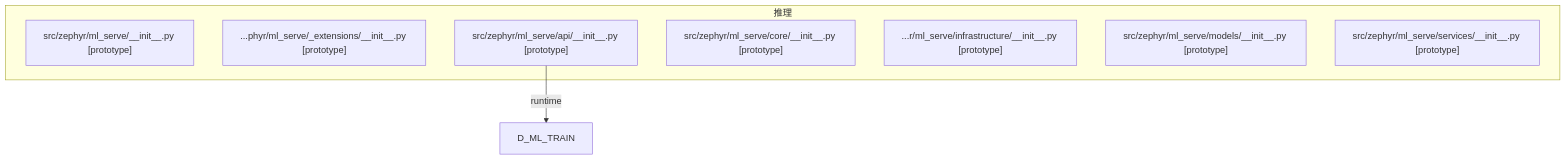
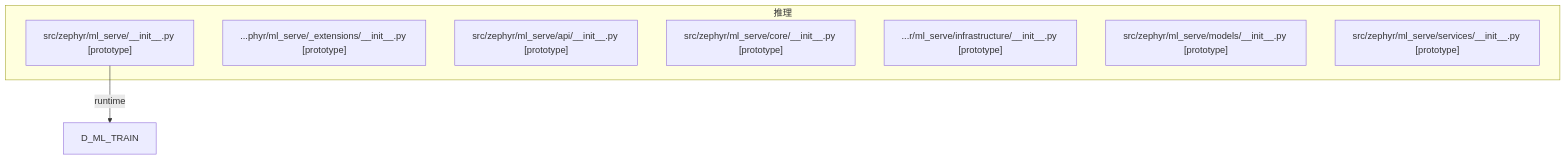
One commit to xuanFelixVan/ZephyrAlpha changed the diagram in docs/02_enterprise_architecture/generated/domains/d_ml_serve_dependency.mmd. Above: the diagram before and after it, drawn with Mermaid. The commit also changed 86 other files, not shown here.

```diff
--- a/docs/02_enterprise_architecture/generated/domains/d_ml_serve_dependency.mmd
+++ b/docs/02_enterprise_architecture/generated/domains/d_ml_serve_dependency.mmd
@@ -1,30 +1,30 @@
 %% D_ML_SERVE 域全景依赖图
-%% 生成时间: 2026-07-19 03:57:08
+%% 生成时间: 2026-07-19 04:04:17
 %% 数据源: depgraph (PostgreSQL) nodes表 + edges表
 %% 模块数: 7, 依赖边数: 1
 
 graph TD
 
     %% 域内模块（最多显示 100 个）
     subgraph D_ML_SERVE[推理]
         src_zephyr_ml_serve___init___py["src/zephyr/ml_serve/__init__.py [prototype]"]
         src_zephyr_ml_serve__extensions___init___py["...phyr/ml_serve/_extensions/__init__.py [prototype]"]
         src_zephyr_ml_serve_api___init___py["src/zephyr/ml_serve/api/__init__.py [prototype]"]
         src_zephyr_ml_serve_core___init___py["src/zephyr/ml_serve/core/__init__.py [prototype]"]
         src_zephyr_ml_serve_infrastructure___init___py["...r/ml_serve/infrastructure/__init__.py [prototype]"]
         src_zephyr_ml_serve_models___init___py["src/zephyr/ml_serve/models/__init__.py [prototype]"]
         src_zephyr_ml_serve_services___init___py["src/zephyr/ml_serve/services/__init__.py [prototype]"]
     end
 
     %% 域内依赖（最多显示 80 条）
 
     %% 跨域依赖（入）- 最多显示 30 条
 
     %% 跨域依赖（出）- 最多显示 30 条
     %% D_ML_SERVE -> D_ML_TRAIN (1 条)
-    src_zephyr_ml_serve_api___init___py -->|runtime| D_ML_TRAIN[D_ML_TRAIN]
+    src_zephyr_ml_serve___init___py -->|runtime| D_ML_TRAIN[D_ML_TRAIN]
 
     %% 统计
     %% 域内依赖: 0 条
     %% 跨域入边: 0 条
     %% 跨域出边: 1 条
```
